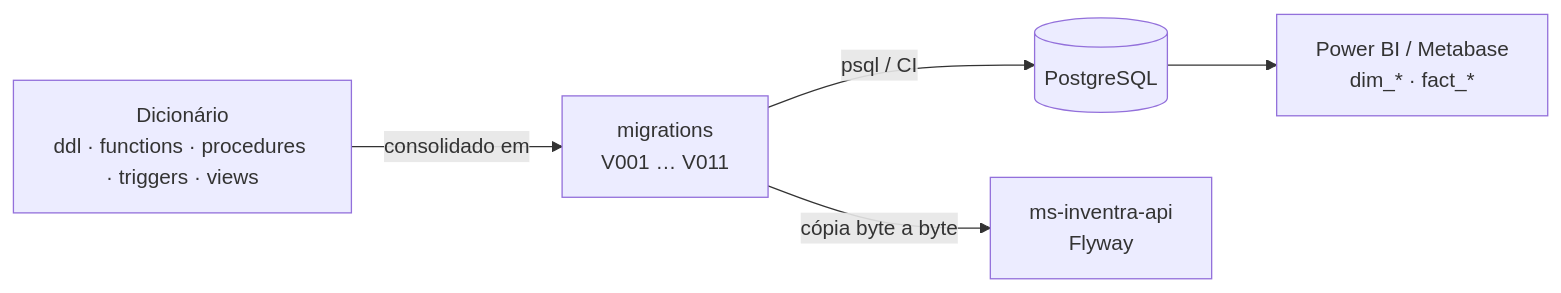
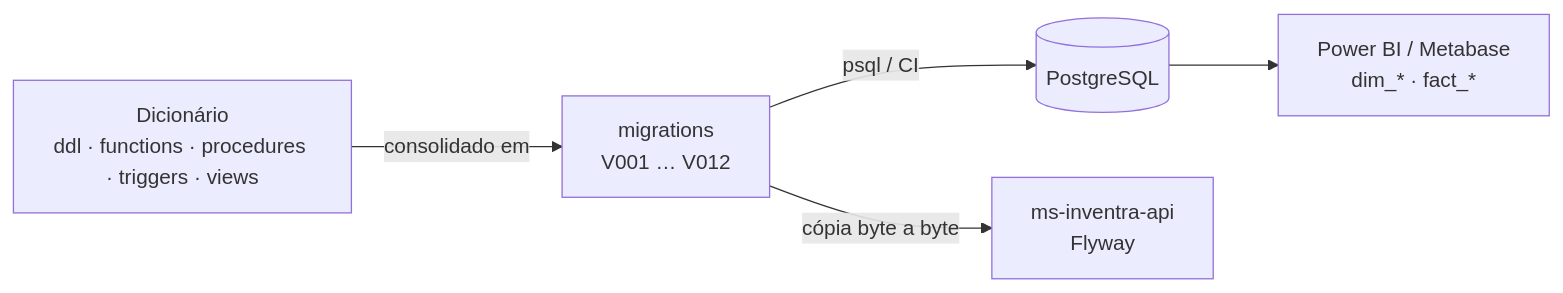
One commit to InventraTech/inventra-data-modeling-2 changed the diagram in README.md. Above: the diagram before and after it, drawn with Mermaid. The commit also changed other lines of this file and 13 other files, not shown here.

````diff
--- a/README.md
+++ b/README.md
@@ -45,7 +45,7 @@
 ```mermaid
 flowchart LR
-    D["Dicionário<br/>ddl · functions · procedures · triggers · views"] -->|consolidado em| M["migrations<br/>V001 … V011"]
+    D["Dicionário<br/>ddl · functions · procedures · triggers · views"] -->|consolidado em| M["migrations<br/>V001 … V012"]
     M -->|psql / CI| DB[("PostgreSQL")]
     M -->|cópia byte a byte| API["ms-inventra-api<br/>Flyway"]
     DB --> BI["Power BI / Metabase<br/>dim_* · fact_*"]
 ```
````
